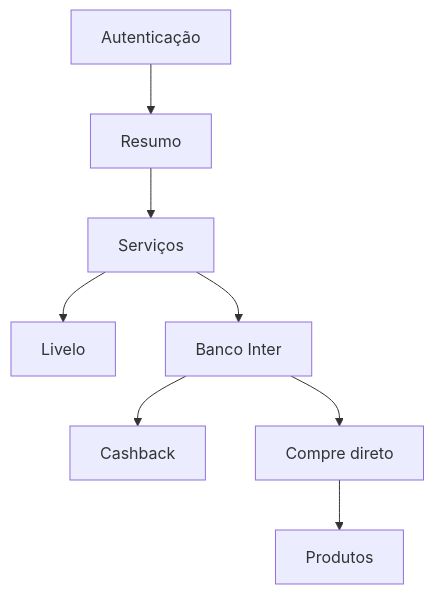
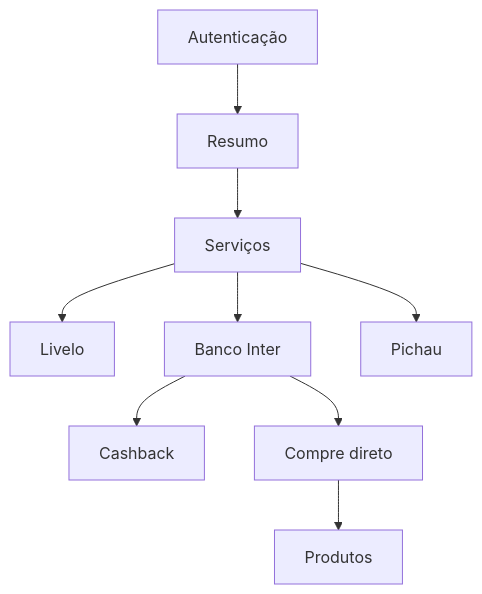
The diagram in design-app/SISTEMA-DESIGN-MOBILE-V11.md (lacerdaRodrigo/robo-de-produtos), drawn with Mermaid before and after one commit. The commit also changed other lines of this file and 40 other files, not shown here.

````diff
--- a/design-app/SISTEMA-DESIGN-MOBILE-V11.md
+++ b/design-app/SISTEMA-DESIGN-MOBILE-V11.md
@@ -47,10 +48,11 @@
 ```mermaid
 flowchart TD
     A["Autenticação"] --> B["Resumo"]
     B --> C["Serviços"]
     C --> D["Livelo"]
     C --> E["Banco Inter"]
+    C --> I["Pichau"]
     E --> F["Cashback"]
     E --> G["Compre direto"]
     G --> H["Produtos"]
 ```
````
